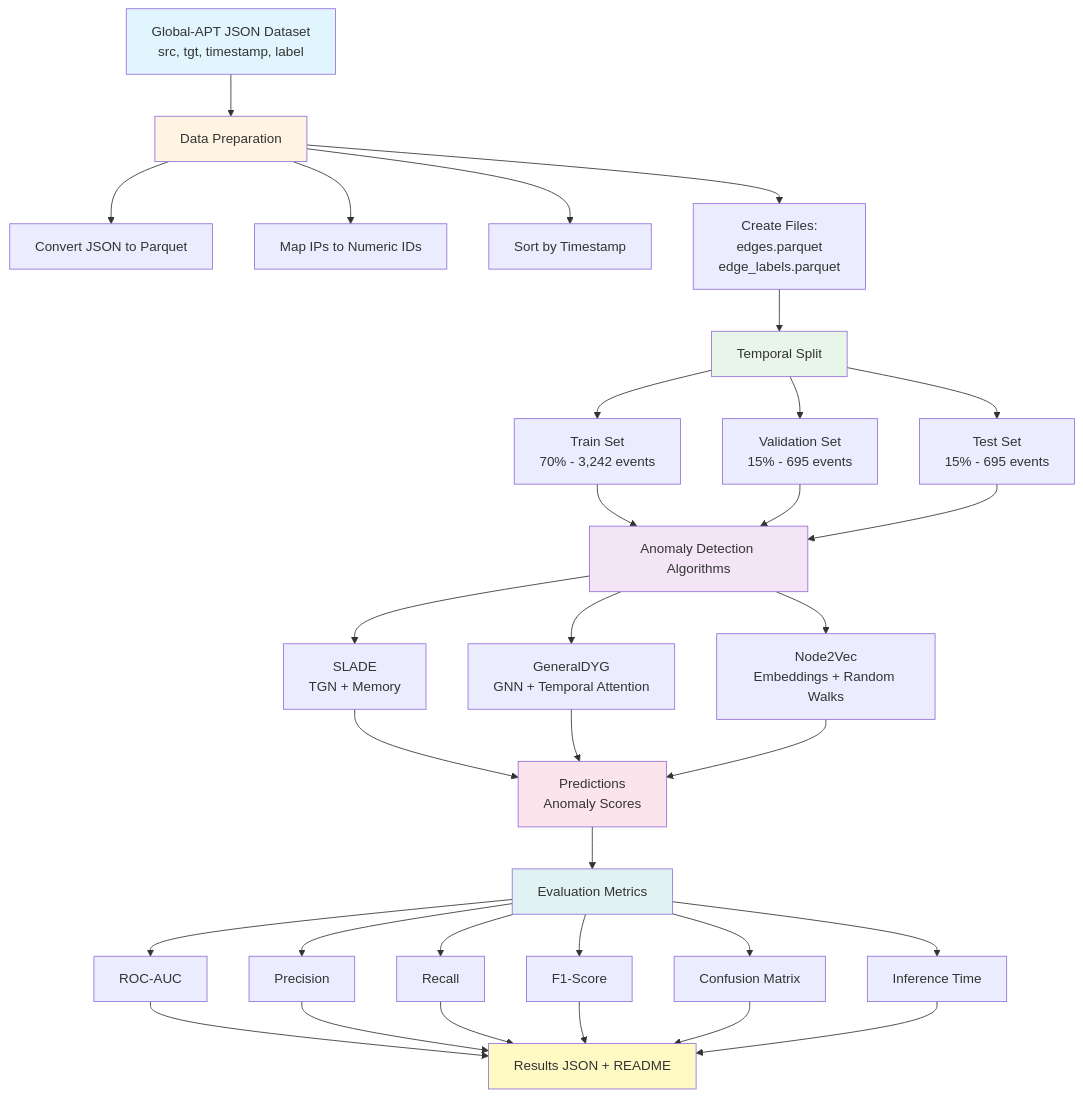
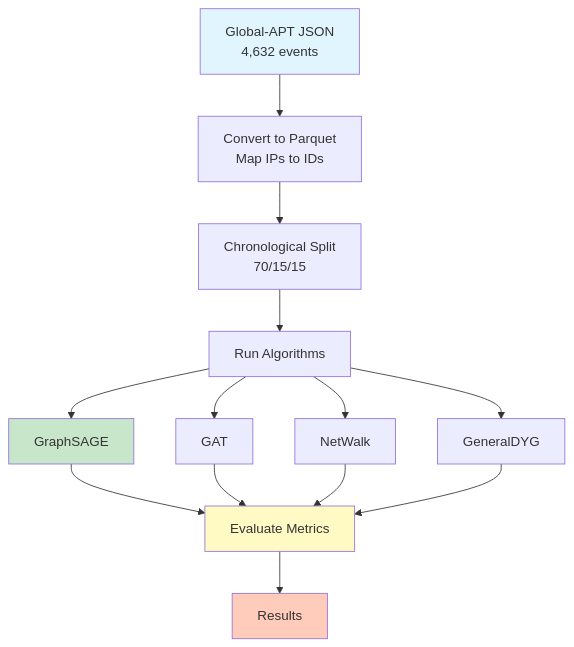
One commit to Dastamn/dgadb changed the second of 2 diagrams in results/global-apt/README.md. Above: the diagram before and after it, drawn with Mermaid. The commit also changed other lines of this file and 1 other file, not shown here.

First line of the commit message:
Update README: concise human-written style with results table

````diff
--- a/results/global-apt/README.md
+++ b/results/global-apt/README.md
@@ -80,51 +69,20 @@
 ```mermaid
 flowchart TD
-    A[Global-APT JSON Dataset<br/>src, tgt, timestamp, label] --> B[Data Preparation]
-    
-    B --> B1[Convert JSON to Parquet]
-    B --> B2[Map IPs to Numeric IDs]
-    B --> B3[Sort by Timestamp]
-    B --> B4[Create Files:<br/>edges.parquet<br/>edge_labels.parquet]
-    
-    B4 --> C[Temporal Split]
-    
-    C --> C1[Train Set<br/>70% - 3,242 events]
-    C --> C2[Validation Set<br/>15% - 695 events]
-    C --> C3[Test Set<br/>15% - 695 events]
-    
-    C1 --> D[Anomaly Detection Algorithms]
-    C2 --> D
-    C3 --> D
-    
-    D --> D1[SLADE<br/>TGN + Memory]
-    D --> D2[GeneralDYG<br/>GNN + Temporal Attention]
-    D --> D3[Node2Vec<br/>Embeddings + Random Walks]
-    
-    D1 --> E[Predictions<br/>Anomaly Scores]
+    A[Global-APT JSON<br/>4,632 events] --> B[Convert to Parquet<br/>Map IPs to IDs]
+    B --> C[Chronological Split<br/>70/15/15]
+    C --> D[Run Algorithms]
+    D --> D1[GraphSAGE]
+    D --> D2[GAT]
+    D --> D3[NetWalk]
+    D --> D4[GeneralDYG]
+    D1 --> E[Evaluate Metrics]
     D2 --> E
     D3 --> E
-    
-    E --> F[Evaluation Metrics]
-    
-    F --> F1[ROC-AUC]
-    F --> F2[Precision]
-    F --> F3[Recall]
-    F --> F4[F1-Score]
-    F --> F5[Confusion Matrix]
-    F --> F6[Inference Time]
-    
-    F1 --> G[Results JSON + README]
-    F2 --> G
-    F3 --> G
-    F4 --> G
-    F5 --> G
-    F6 --> G
+    D4 --> E
+    E --> F[Results]
     
     style A fill:#e1f5ff
-    style B fill:#fff4e1
-    style C fill:#e8f5e9
-    style D fill:#f3e5f5
-    style E fill:#fce4ec
-    style F fill:#e0f2f1
-    style G fill:#fff9c4
+    style D1 fill:#c8e6c9
+    style E fill:#fff9c4
+    style F fill:#ffccbc
 ```
````
